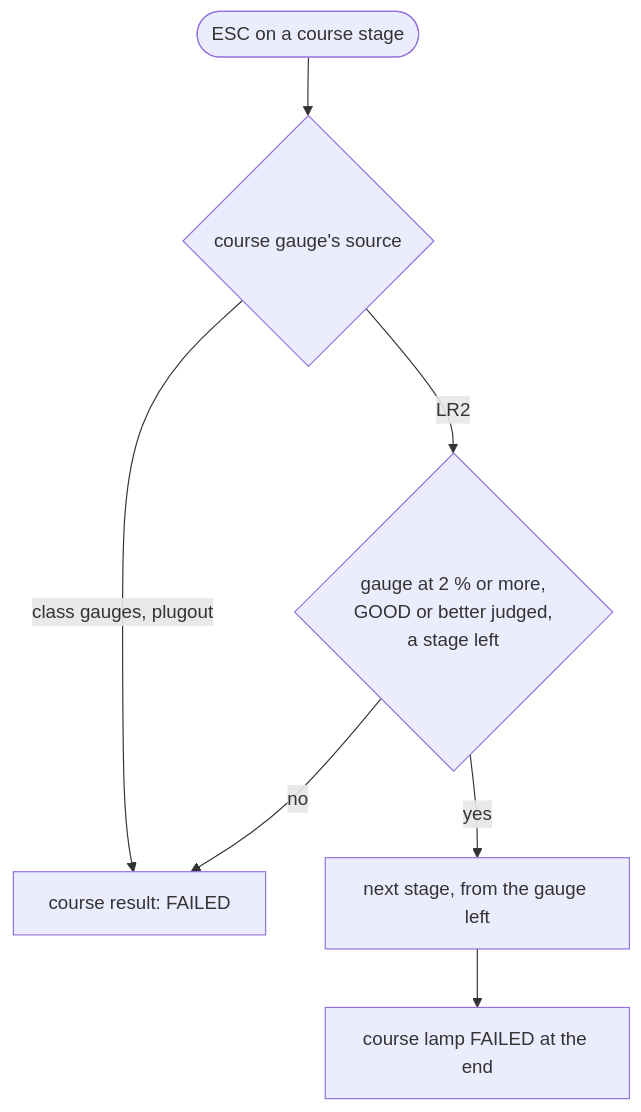
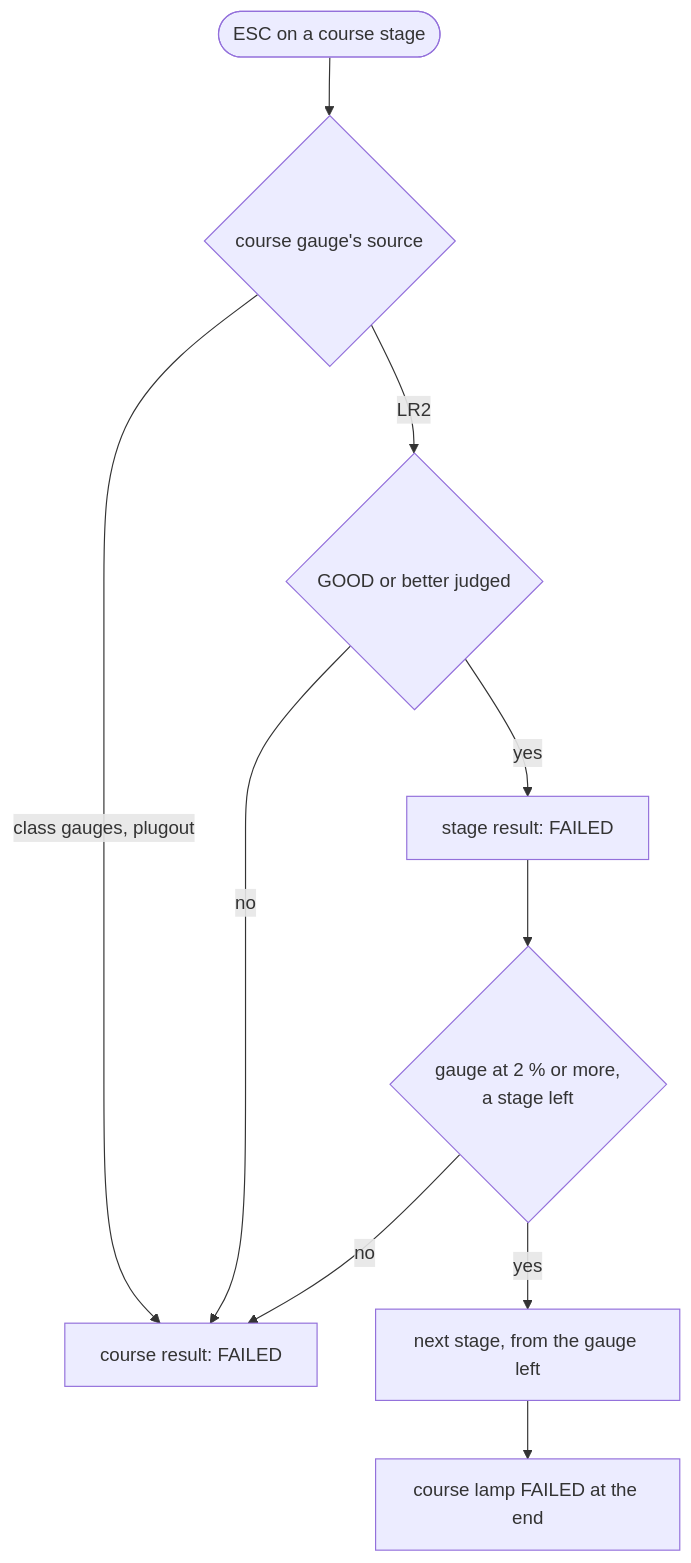
One commit to nulltask/be-music changed diagram 11 of 13 in docs/course.md. Above: the diagram before and after it, drawn with Mermaid. The commit also changed other lines of this file and 17 other files, not shown here.

First line of the commit message:
fix(app-play): show a course stage given up as FAILED on LR2's gauge

````diff
--- a/docs/course.md
+++ b/docs/course.md
@@ -392,9 +392,12 @@
 ```mermaid
 flowchart TD
   esc(["ESC on a course stage"]) --> source{"course gauge's source"}
-  source -- "LR2" --> holds{"gauge at 2 % or more,\nGOOD or better judged,\na stage left"}
+  source -- "LR2" --> judged{"GOOD or better judged"}
   source -- "class gauges, plugout" --> fail["course result: FAILED"]
+  judged -- "yes" --> stage["stage result: FAILED"]
+  judged -- "no" --> fail
+  stage --> holds{"gauge at 2 % or more,\na stage left"}
   holds -- "yes" --> next["next stage, from the gauge left"]
   holds -- "no" --> fail
   next --> lamp["course lamp FAILED at the end"]
 ```
````
